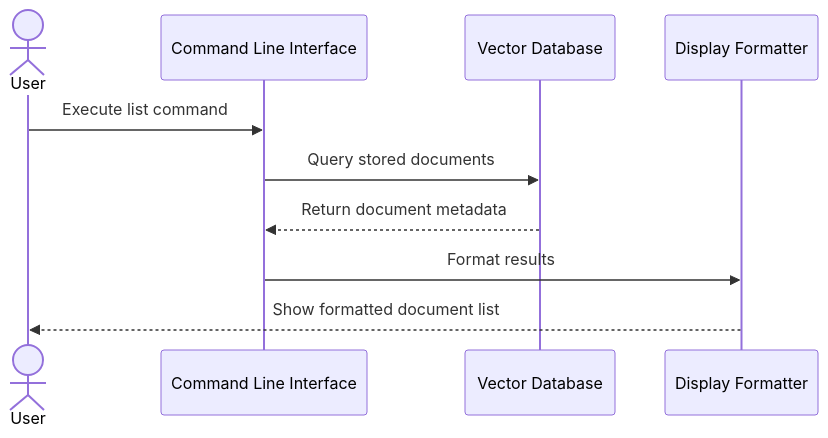
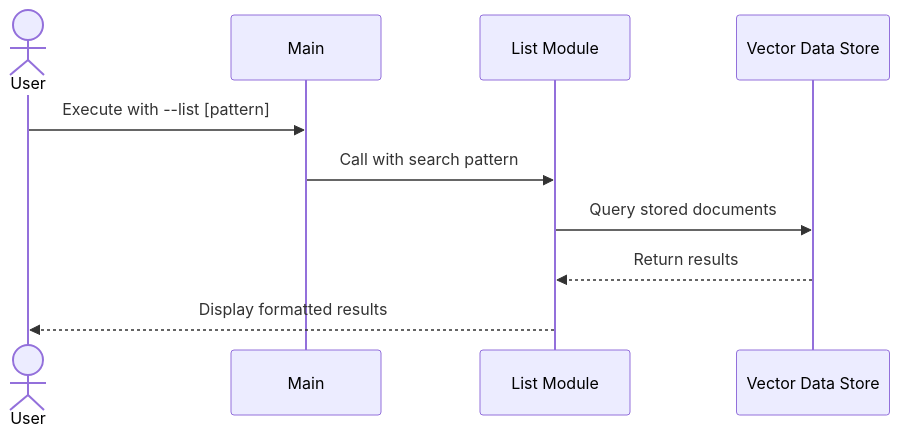
The diagram in ARCHITECTURE-list-flow.md (shepner/qa_system), drawn with Mermaid before and after one commit. The commit also changed other lines of this file and 5 other files, not shown here.

Commit message:
docs: Update architecture documentation

````diff
--- a/ARCHITECTURE-list-flow.md
+++ b/ARCHITECTURE-list-flow.md
@@ -15,13 +31,13 @@
 ```mermaid
 sequenceDiagram
     actor User
-    participant CLI as Command Line Interface
-    participant VDB as Vector Database
-    participant Display as Display Formatter
+    participant Main
+    participant List as List Module
+    participant VDB as Vector Data Store
 
-    User->>CLI: Execute list command
-    CLI->>VDB: Query stored documents
-    VDB-->>CLI: Return document metadata
-    CLI->>Display: Format results
-    Display-->>User: Show formatted document list
+    User->>Main: Execute with --list [pattern]
+    Main->>List: Call with search pattern
+    List->>VDB: Query stored documents
+    VDB-->>List: Return results
+    List-->>User: Display formatted results
 ```
````
